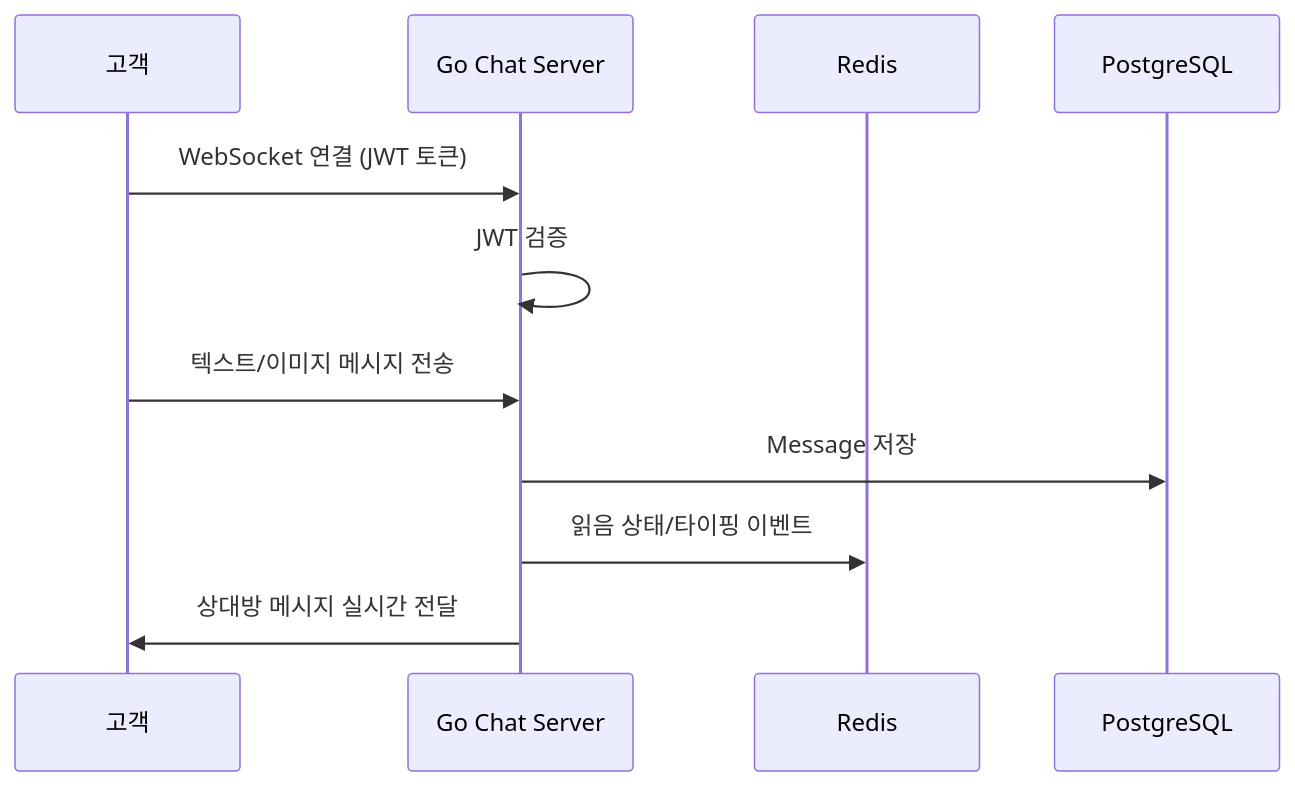
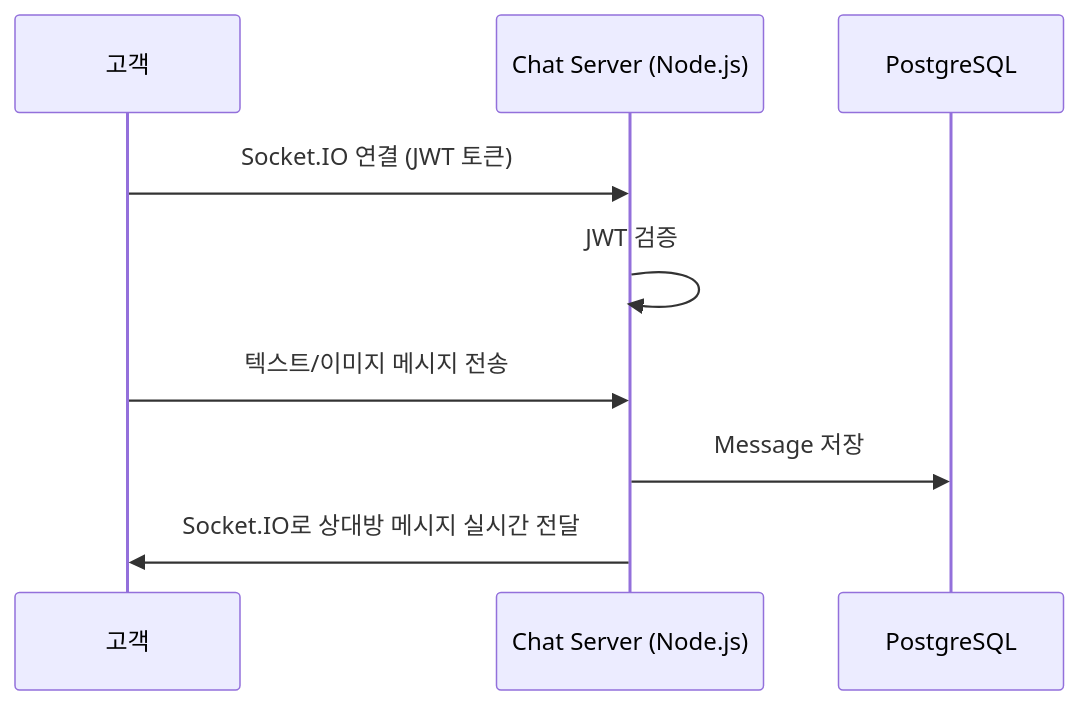
Before and after one commit to JunPyo0117/B-Delivery: the third of 3 diagrams in docs/architecture.md, drawn with Mermaid. The commit also changed other lines of this file, not shown here.

Commit message:
WIP(docs): 아키텍처 문서 Go → Node.js 채팅 서버로 변경 반영

````diff
--- a/docs/architecture.md
+++ b/docs/architecture.md
@@ -37,14 +37,12 @@
 ```mermaid
 sequenceDiagram
   participant User as 고객
-  participant Go as Go Chat Server
-  participant Redis as Redis
+  participant Chat as Chat Server (Node.js)
   participant DB as PostgreSQL
 
-  User->>Go: WebSocket 연결 (JWT 토큰)
-  Go->>Go: JWT 검증
-  User->>Go: 텍스트/이미지 메시지 전송
-  Go->>DB: Message 저장
-  Go->>Redis: 읽음 상태/타이핑 이벤트
-  Go->>User: 상대방 메시지 실시간 전달
+  User->>Chat: Socket.IO 연결 (JWT 토큰)
+  Chat->>Chat: JWT 검증
+  User->>Chat: 텍스트/이미지 메시지 전송
+  Chat->>DB: Message 저장
+  Chat->>User: Socket.IO로 상대방 메시지 실시간 전달
 ```
````
